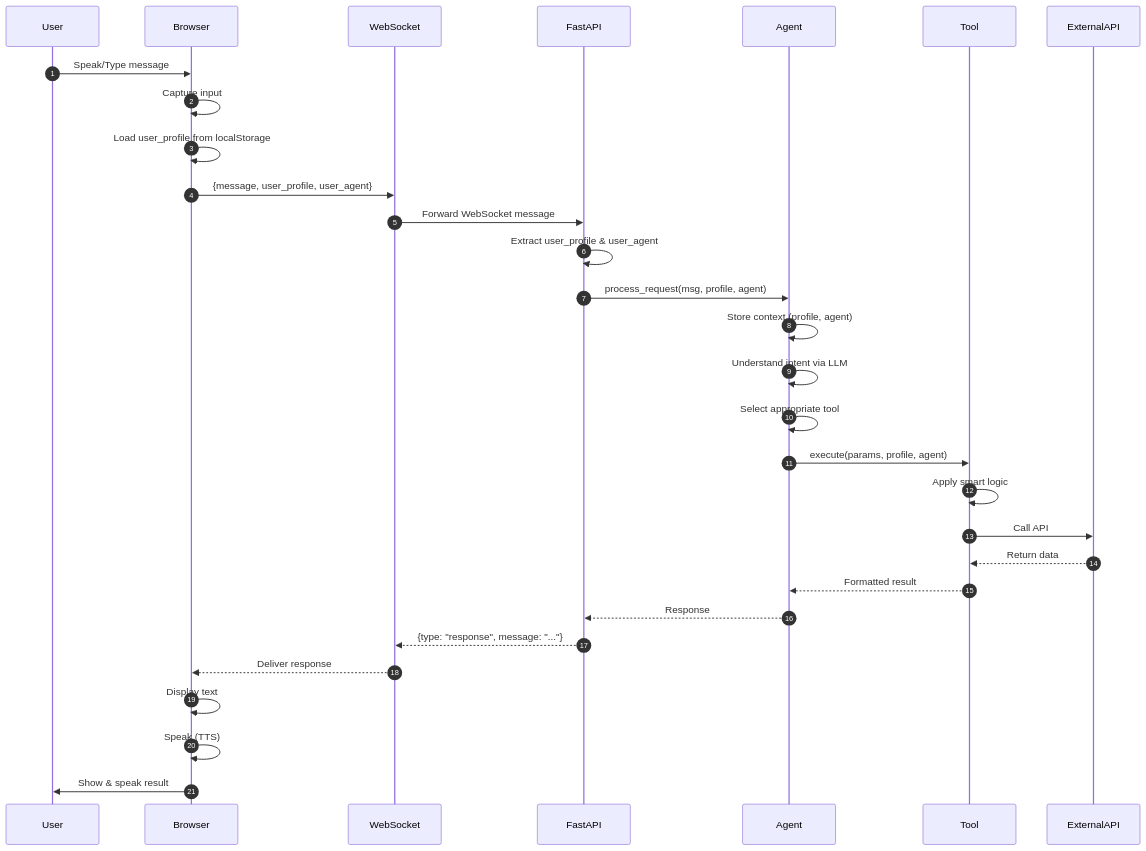
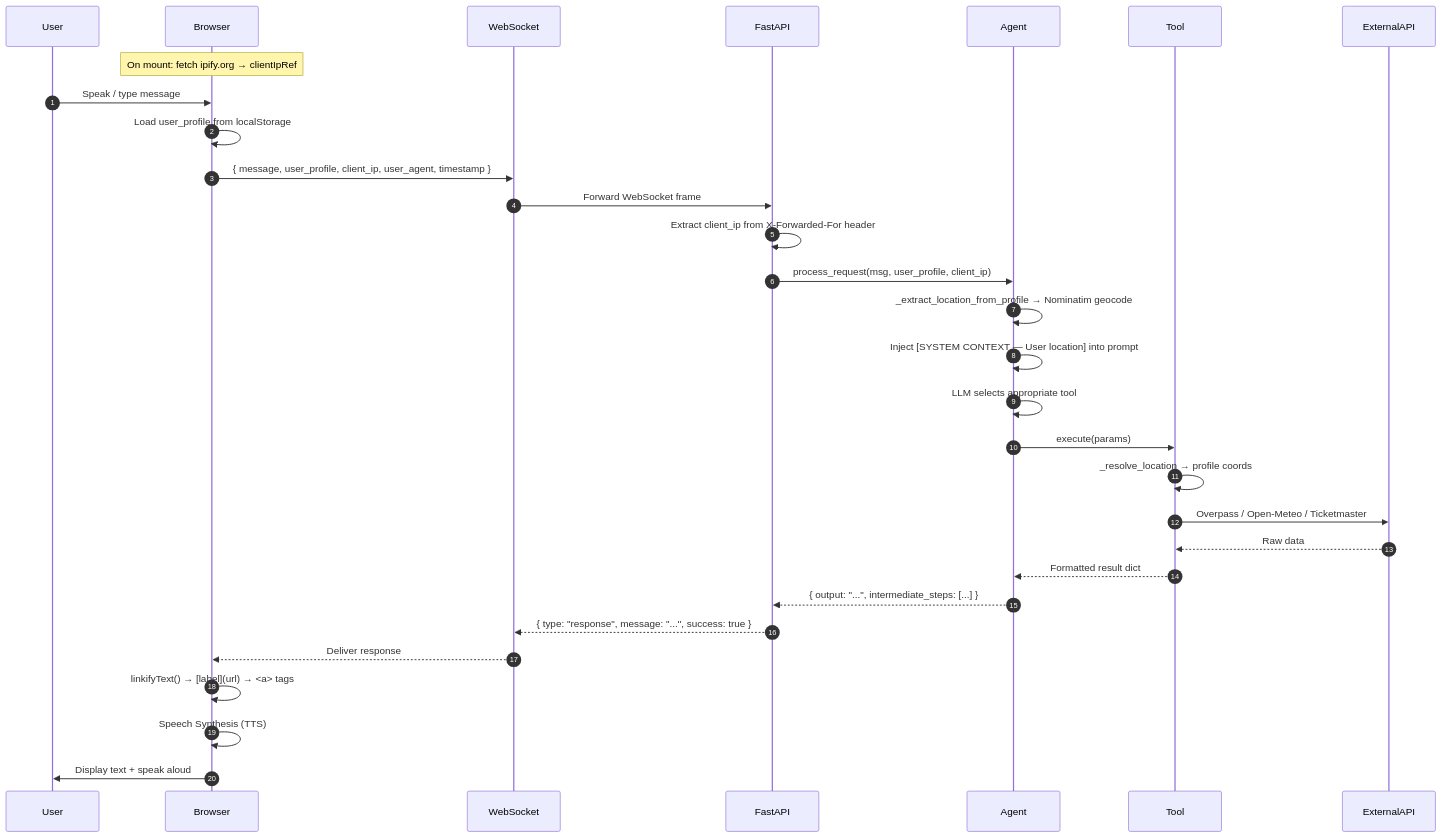
One commit to saikiranaravala/PersonalizedVoiceLocationAwareAgent changed the fourth of 31 diagrams in docs/DIAGRAMS.md. Above: the diagram before and after it, drawn with Mermaid. The commit also changed other lines of this file and 4 other files, not shown here.

````diff
--- a/docs/DIAGRAMS.md
+++ b/docs/DIAGRAMS.md
@@ -127,33 +183,33 @@
 ```mermaid
 sequenceDiagram
     autonumber
     participant User
     participant Browser
     participant WebSocket
     participant FastAPI
     participant Agent
     participant Tool
     participant ExternalAPI
-    
-    User->>Browser: Speak/Type message
-    Browser->>Browser: Capture input
+
+    Note over Browser: On mount: fetch ipify.org → clientIpRef
+    User->>Browser: Speak / type message
     Browser->>Browser: Load user_profile from localStorage
-    Browser->>WebSocket: {message, user_profile, user_agent}
-    WebSocket->>FastAPI: Forward WebSocket message
-    FastAPI->>FastAPI: Extract user_profile & user_agent
-    FastAPI->>Agent: process_request(msg, profile, agent)
-    Agent->>Agent: Store context (profile, agent)
-    Agent->>Agent: Understand intent via LLM
-    Agent->>Agent: Select appropriate tool
-    Agent->>Tool: execute(params, profile, agent)
-    Tool->>Tool: Apply smart logic
-    Tool->>ExternalAPI: Call API
-    ExternalAPI-->>Tool: Return data
-    Tool-->>Agent: Formatted result
-    Agent-->>FastAPI: Response
-    FastAPI-->>WebSocket: {type: "response", message: "..."}
+    Browser->>WebSocket: { message, user_profile, client_ip, user_agent, timestamp }
+    WebSocket->>FastAPI: Forward WebSocket frame
+    FastAPI->>FastAPI: Extract client_ip from X-Forwarded-For header
+    FastAPI->>Agent: process_request(msg, user_profile, client_ip)
+    Agent->>Agent: _extract_location_from_profile → Nominatim geocode
+    Agent->>Agent: Inject [SYSTEM CONTEXT — User location] into prompt
+    Agent->>Agent: LLM selects appropriate tool
+    Agent->>Tool: execute(params)
+    Tool->>Tool: _resolve_location → profile coords
+    Tool->>ExternalAPI: Overpass / Open-Meteo / Ticketmaster
+    ExternalAPI-->>Tool: Raw data
+    Tool-->>Agent: Formatted result dict
+    Agent-->>FastAPI: { output: "...", intermediate_steps: [...] }
+    FastAPI-->>WebSocket: { type: "response", message: "...", success: true }
     WebSocket-->>Browser: Deliver response
-    Browser->>Browser: Display text
-    Browser->>Browser: Speak (TTS)
-    Browser->>User: Show & speak result
+    Browser->>Browser: linkifyText() → [label](url) → <a> tags
+    Browser->>Browser: Speech Synthesis (TTS)
+    Browser->>User: Display text + speak aloud
 ```
````
